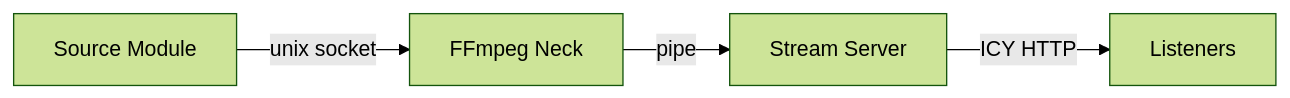
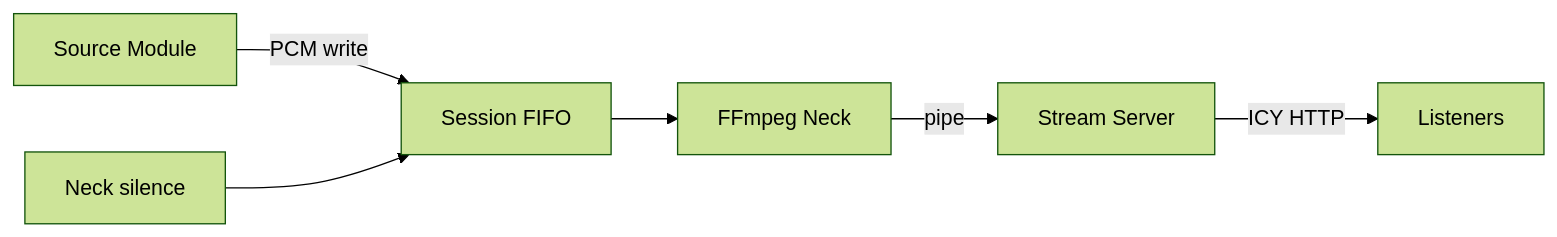
Before and after one commit to Bardie-radio/bardie-kithara: the diagram in docs/architecture/interfaces/streaming-stack.md, drawn with Mermaid (forest theme). The commit also changed other lines of this file and 37 other files, not shown here.

Commit message:
Refactor architecture documentation to clarify audio processing and module interactions.

````diff
--- a/docs/architecture/interfaces/streaming-stack.md
+++ b/docs/architecture/interfaces/streaming-stack.md
@@ -3,6 +3,8 @@
 ```mermaid
 flowchart LR
-  Mod[Source Module] -->|unix socket| FF[FFmpeg Neck]
+  Mod[Source Module] -->|PCM write| FIFO[Session FIFO]
+  Silence[Neck silence] --> FIFO
+  FIFO --> FF[FFmpeg Neck]
   FF -->|pipe| SS[Stream Server]
   SS -->|ICY HTTP| Listeners
 ```
````
